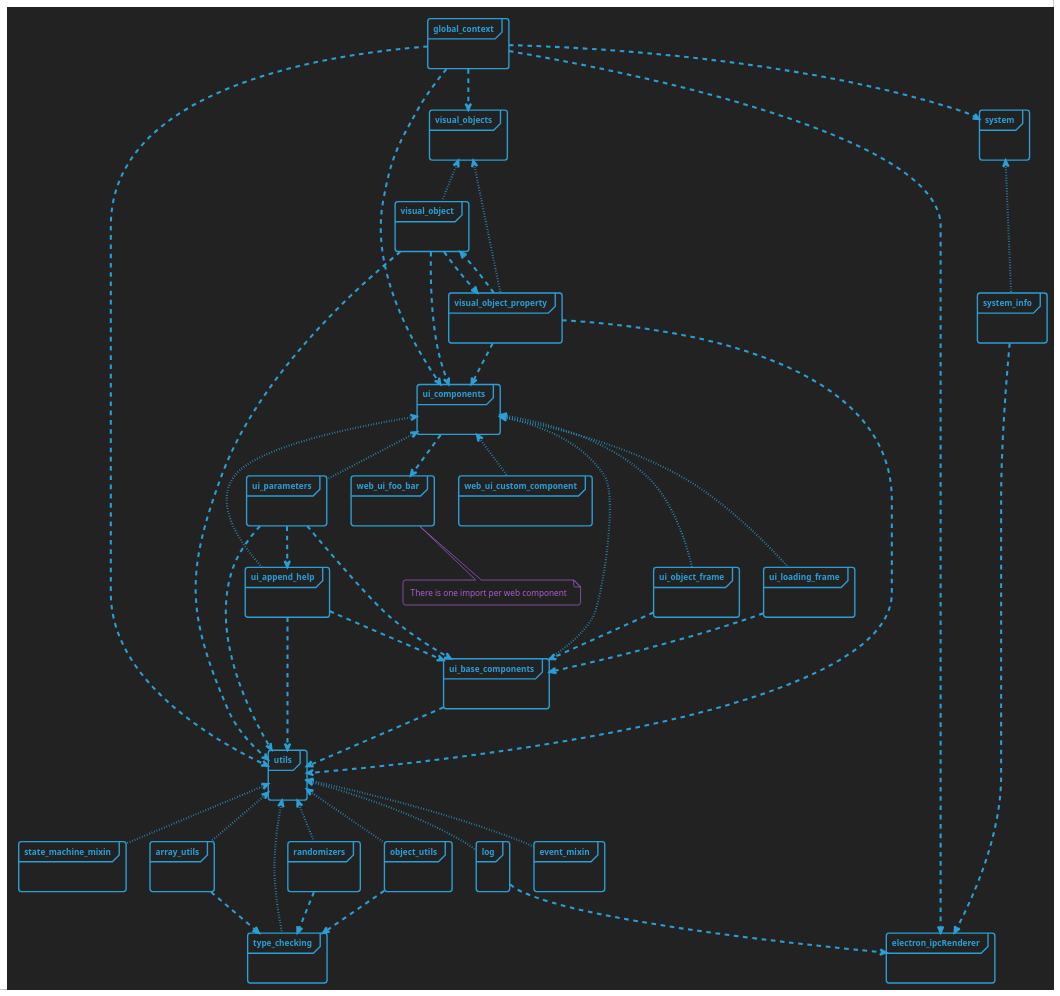
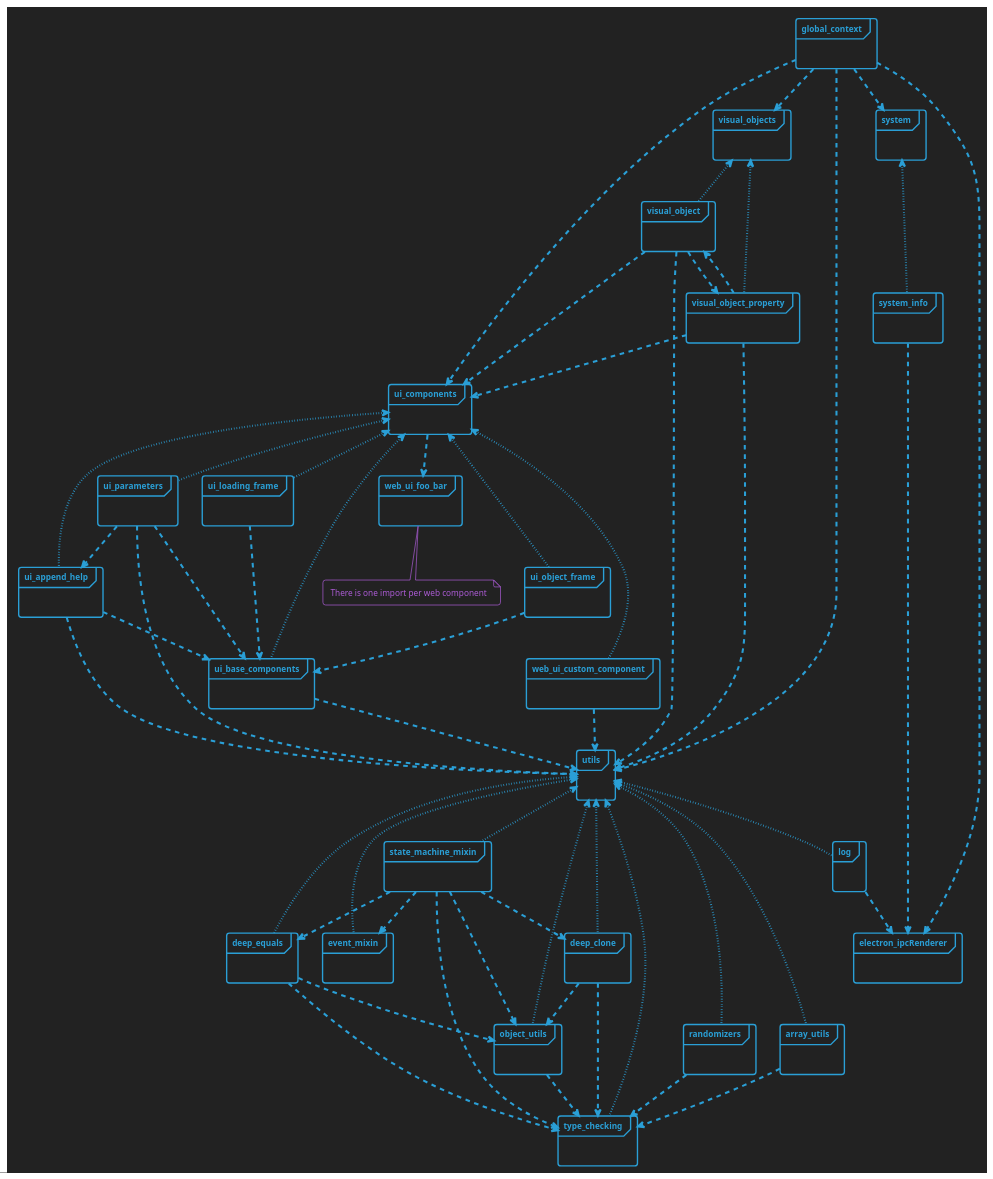
One commit to Picorims/wav2bar changed the diagram in docs/modules.plantuml. Above: the diagram before and after it, drawn with PlantUML. The commit also changed 11 other files, not shown here.

Commit message:
enrich webUICustomComponent, doc and utils, fix errors in split layout and state machine

```diff
--- a/docs/modules.plantuml
+++ b/docs/modules.plantuml
@@ -1,122 +1,139 @@
 @startuml modules
 
 'Wav2Bar - Free software for creating audio visualization (motion design) videos
 'Copyright (C) 2022  Picorims <picorims.contact@gmail.com>
 
 'This program is free software: you can redistribute it and/or modify
 'it under the terms of the GNU General Public License as published by
 'the Free Software Foundation, either version 3 of the License, or
 'any later version.
 
 'This program is distributed in the hope that it will be useful,
 'but WITHOUT ANY WARRANTY; without even the implied warranty of
 'MERCHANTABILITY or FITNESS FOR A PARTICULAR PURPOSE.  See the
 'GNU General Public License for more details.
 
 'You should have received a copy of the GNU General Public License
 'along with this program.  If not, see <https://www.gnu.org/licenses/>.
 
 !theme cyborg-outline
 skinparam BackgroundColor #222222
 skinparam PackageStyle frame
 
 'package: dotted = export, otherwise = import
 
 package "global_context" {}
 global_context ..> utils
 global_context ..> ui_components
 global_context ..> system
 global_context ..> electron_ipcRenderer
 global_context ..> visual_objects
 
 
 
 package "electron_ipcRenderer" {}
 
 
 
 package "system" {}
 system <.[dotted]. system_info
 
 package "system_info" {}
 system_info ..> electron_ipcRenderer
 
 
 
 package "ui_components" {}
 ui_components <.[dotted]. ui_base_components
 ui_components <.[dotted]. web_ui_custom_component
 ui_components ..> web_ui_foo_bar
 ui_components <.[dotted]. ui_parameters
 ui_components <.[dotted]. ui_append_help
 ui_components <.[dotted]. ui_object_frame
 ui_components <.[dotted]. ui_loading_frame
 
 package "ui_base_components" {}
 ui_base_components ..> utils
 
 package "web_ui_custom_component" {}
+web_ui_custom_component ..> utils
+
 package "web_ui_foo_bar" {}
 note bottom of web_ui_foo_bar: There is one import per web component
 
 package "ui_parameters" {}
 ui_parameters ..> utils
 ui_parameters ..> ui_base_components
 ui_parameters ..> ui_append_help
 
 package "ui_append_help" {}
 ui_append_help ..> utils
 ui_append_help ..> ui_base_components
 
 package "ui_object_frame" {}
 ui_object_frame ..> ui_base_components
 
 package "ui_loading_frame" {}
 ui_loading_frame ..> ui_base_components
 
 
 
 package "utils" {}
 utils <.[dotted]. type_checking
 utils <.[dotted]. randomizers
 utils <.[dotted]. array_utils
 utils <.[dotted]. log
 utils <.[dotted]. event_mixin
 utils <.[dotted]. state_machine_mixin
 utils <.[dotted]. object_utils
+utils <.[dotted]. deep_equals
+utils <.[dotted]. deep_clone
 
 package "array_utils" {}
 array_utils ..> type_checking
 
 package "randomizers" {}
 randomizers ..> type_checking
 
 package "type_checking" {}
 
 package "log" {}
 log ..> electron_ipcRenderer
 
 package "event_mixin" {}
 
 package "state_machine_mixin" {}
+state_machine_mixin ..> type_checking
+state_machine_mixin ..> event_mixin
+state_machine_mixin ..> object_utils
+state_machine_mixin ..> deep_clone
+state_machine_mixin ..> deep_equals
 
 package "object_utils" {}
 object_utils ..> type_checking
+
+package "deep_equals" {}
+deep_equals ..> type_checking
+deep_equals ..> object_utils
+
+package "deep_clone" {}
+deep_clone ..> type_checking
+deep_clone ..> object_utils
 
 
 
 package "visual_objects" {}
 visual_objects <.[dotted]. visual_object
 visual_objects <.[dotted]. visual_object_property
 
 package "visual_object" {}
 visual_object ..> ui_components
 visual_object ..> utils
 visual_object ..> visual_object_property
 
 package "visual_object_property" {}
 visual_object_property ..> visual_object
 visual_object_property ..> utils
 visual_object_property ..> ui_components
 
 @enduml
```
